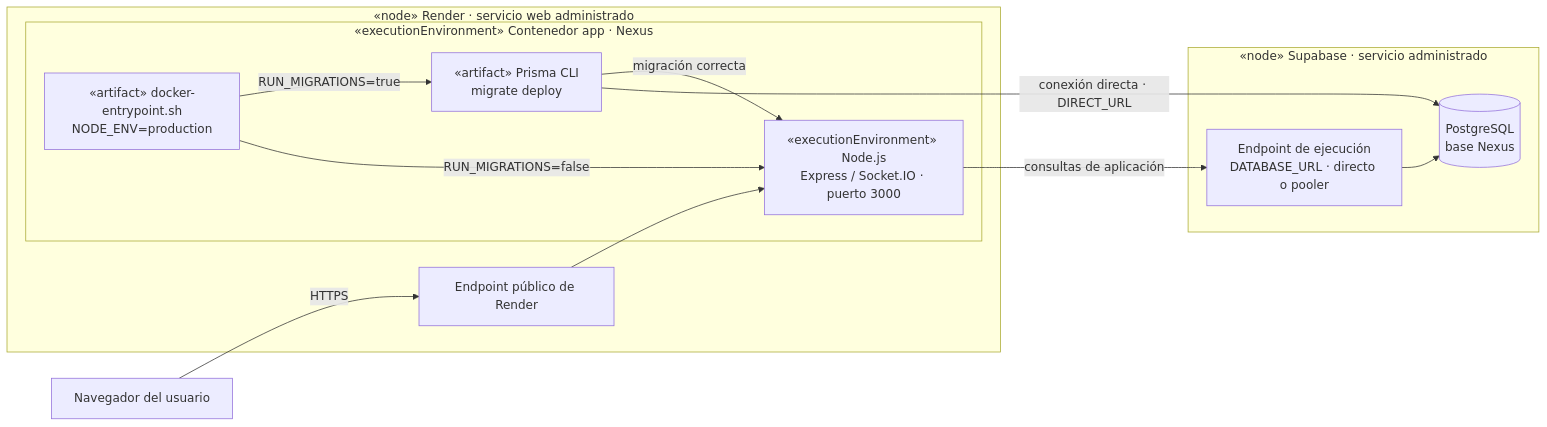
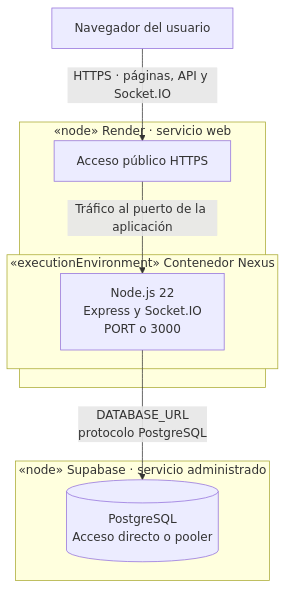
Before and after one commit to gpgsistemas01/nexus: the third of 5 diagrams in docs/architecture/views/physical/01-system-runtime-and-deployment.md, drawn with Mermaid. The commit also changed other lines of this file and 3 other files, not shown here.

````diff
--- a/docs/architecture/views/physical/01-system-runtime-and-deployment.md
+++ b/docs/architecture/views/physical/01-system-runtime-and-deployment.md
@@ -73,29 +76,16 @@
 ```mermaid
-flowchart LR
+flowchart TB
     browser["Navegador del usuario"]
-
-    subgraph render["«node» Render · servicio web administrado"]
-        publicEndpoint["Endpoint público de Render"]
-        subgraph appContainer["«executionEnvironment» Contenedor app · Nexus"]
-            entrypoint["«artifact» docker-entrypoint.sh<br/>NODE_ENV=production"]
-            migrations["«artifact» Prisma CLI<br/>migrate deploy"]
-            nodeApp["«executionEnvironment» Node.js<br/>Express / Socket.IO · puerto 3000"]
-
-            entrypoint -->|"RUN_MIGRATIONS=true"| migrations
-            migrations -->|"migración correcta"| nodeApp
-            entrypoint -->|"RUN_MIGRATIONS=false"| nodeApp
+    subgraph render["«node» Render · servicio web"]
+        endpoint["Acceso público HTTPS"]
+        subgraph container["«executionEnvironment» Contenedor Nexus"]
+            application["Node.js 22<br/>Express y Socket.IO<br/>PORT o 3000"]
         end
-
-        publicEndpoint --> nodeApp
+        endpoint -->|"Tráfico al puerto de la aplicación"| application
     end
-
     subgraph supabase["«node» Supabase · servicio administrado"]
-        runtimeEndpoint["Endpoint de ejecución<br/>DATABASE_URL · directo o pooler"]
-        database[("PostgreSQL<br/>base Nexus")]
-        runtimeEndpoint --> database
+        database[("PostgreSQL<br/>Acceso directo o pooler")]
     end
-
-    browser -->|"HTTPS"| publicEndpoint
-    nodeApp -->|"consultas de aplicación"| runtimeEndpoint
-    migrations -->|"conexión directa · DIRECT_URL"| database
+    browser -->|"HTTPS · páginas, API y Socket.IO"| endpoint
+    application -->|"DATABASE_URL<br/>protocolo PostgreSQL"| database
 ```
````
